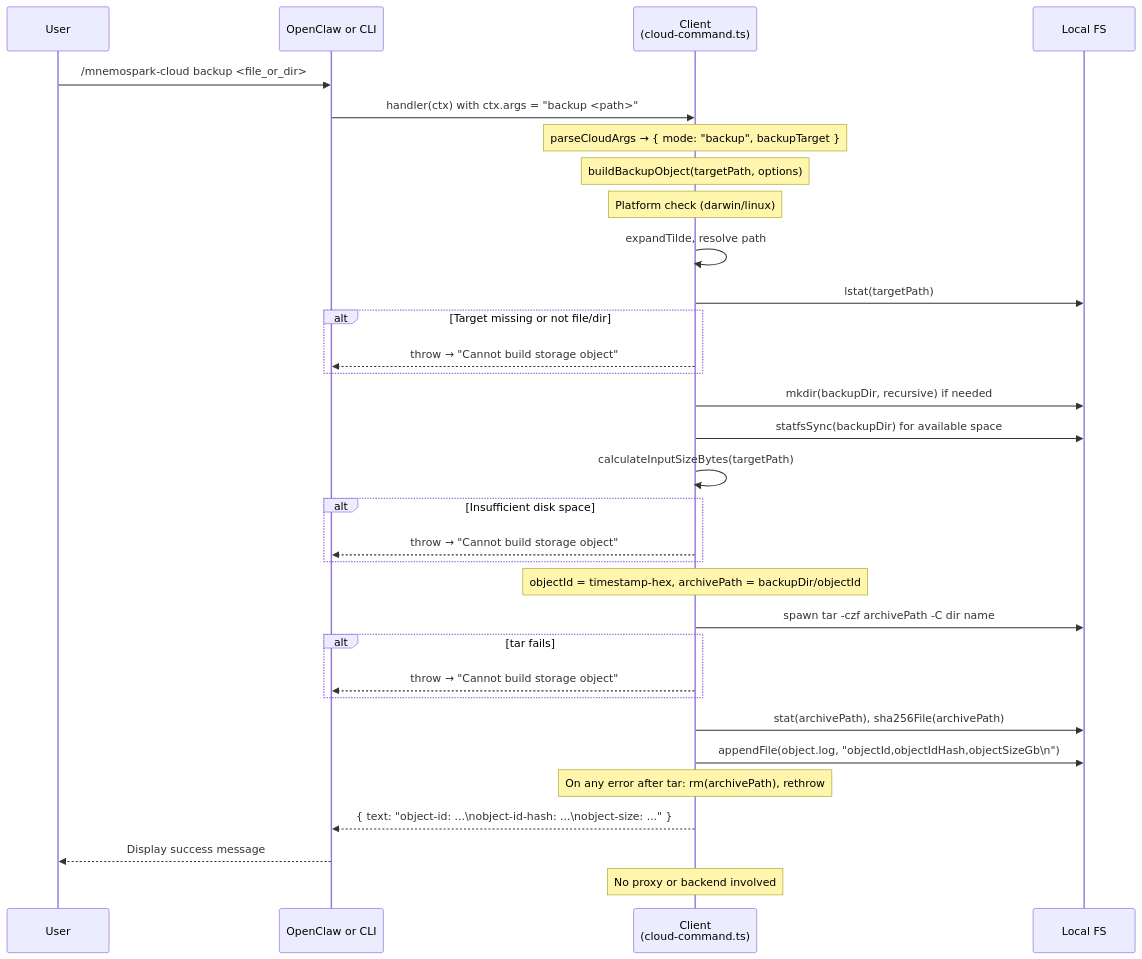
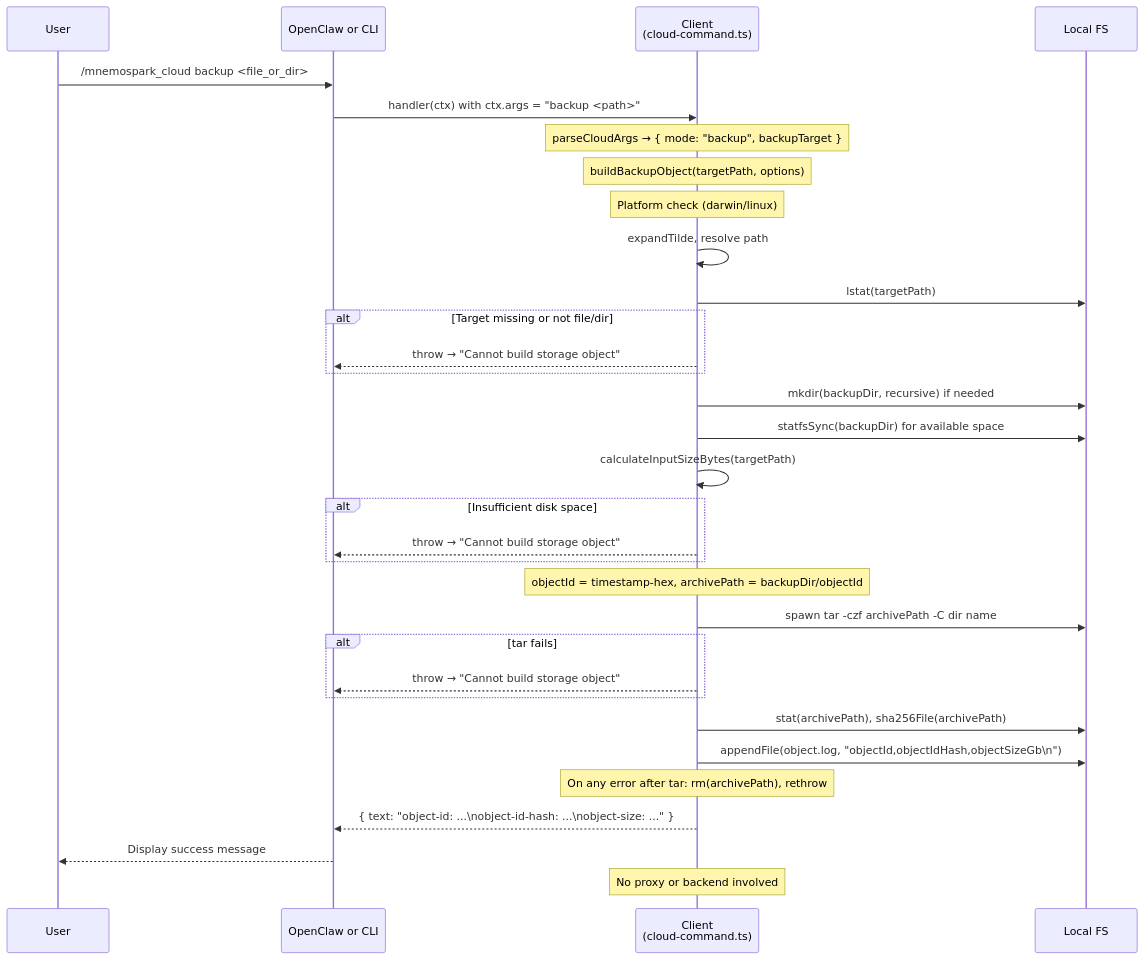
Before and after one commit to pawlsclick/mnemospark-docs: the diagram in meta_docs/cloud-backup-process-flow.md, drawn with Mermaid. The commit also changed other lines of this file and 28 other files, not shown here.

````diff
--- a/meta_docs/cloud-backup-process-flow.md
+++ b/meta_docs/cloud-backup-process-flow.md
@@ -237,41 +237,41 @@
 ```mermaid
 sequenceDiagram
     participant User
     participant Host as OpenClaw or CLI
     participant Client as Client<br/>(cloud-command.ts)
     participant FS as Local FS
 
-    User->>Host: /mnemospark-cloud backup <file_or_dir>
+    User->>Host: /mnemospark_cloud backup <file_or_dir>
     Host->>Client: handler(ctx) with ctx.args = "backup <path>"
     Note over Client: parseCloudArgs → { mode: "backup", backupTarget }
     Note over Client: buildBackupObject(targetPath, options)
 
     Note over Client: Platform check (darwin/linux)
     Client->>Client: expandTilde, resolve path
     Client->>FS: lstat(targetPath)
     alt Target missing or not file/dir
         Client-->>Host: throw → "Cannot build storage object"
     end
 
     Client->>FS: mkdir(backupDir, recursive) if needed
     Client->>FS: statfsSync(backupDir) for available space
     Client->>Client: calculateInputSizeBytes(targetPath)
     alt Insufficient disk space
         Client-->>Host: throw → "Cannot build storage object"
     end
 
     Note over Client: objectId = timestamp-hex, archivePath = backupDir/objectId
     Client->>FS: spawn tar -czf archivePath -C dir name
     alt tar fails
         Client-->>Host: throw → "Cannot build storage object"
     end
 
     Client->>FS: stat(archivePath), sha256File(archivePath)
     Client->>FS: appendFile(object.log, "objectId,objectIdHash,objectSizeGb\n")
     Note over Client: On any error after tar: rm(archivePath), rethrow
 
     Client-->>Host: { text: "object-id: ...\nobject-id-hash: ...\nobject-size: ..." }
     Host-->>User: Display success message
 
     Note over Client: No proxy or backend involved
 ```
````
